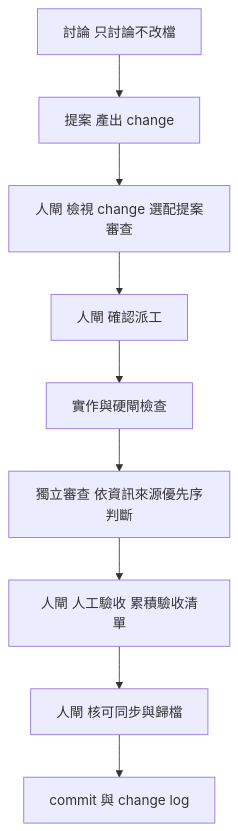
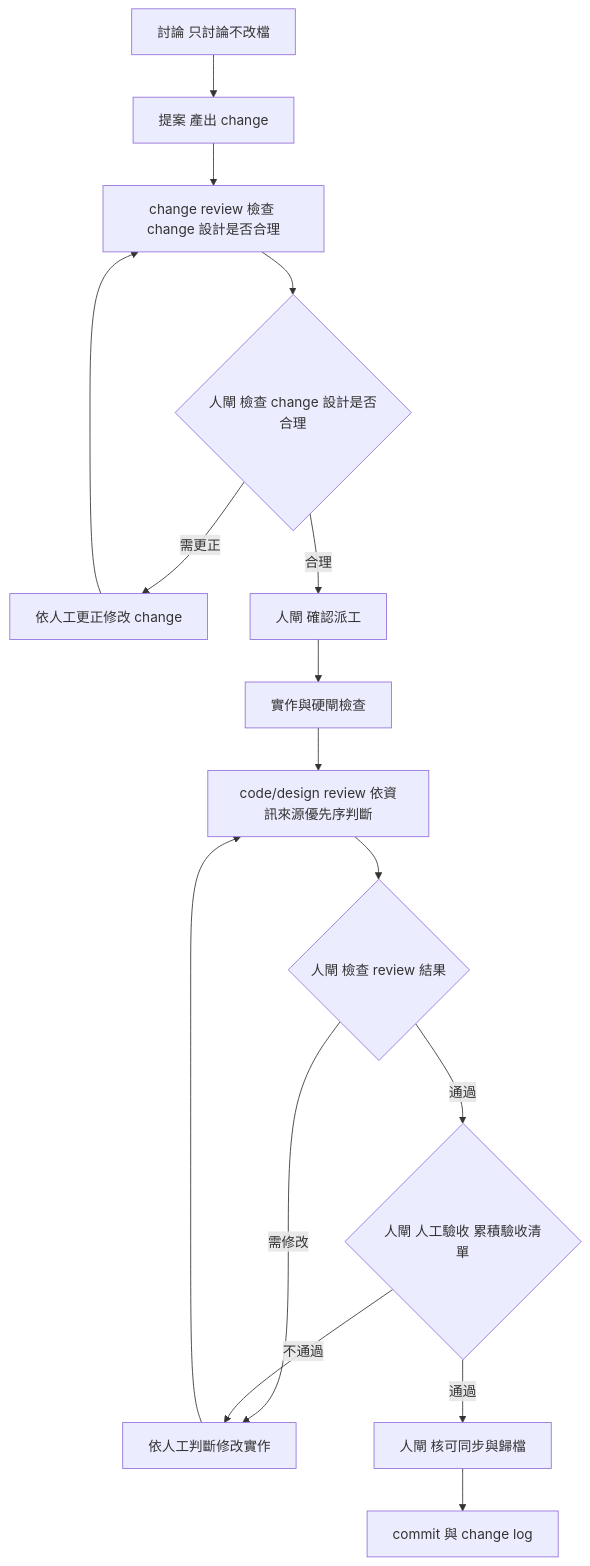
Before and after one commit to nekojuice/.agents: the second of 4 diagrams in README.md, drawn with Mermaid. The commit also changed other lines of this file, not shown here.

First line of the commit message:
docs(readme): 更新專案邏輯與各模式流程圖

````diff
--- a/README.md
+++ b/README.md
@@ -60,11 +95,18 @@
 ```mermaid
 flowchart TD
   A[討論 只討論不改檔] --> B[提案 產出 change]
-  B --> C[人閘 檢視 change 選配提案審查]
-  C --> D[人閘 確認派工]
+  B --> R[change review 檢查 change 設計是否合理]
+  R --> C{人閘 檢查 change 設計是否合理}
+  C -- 需更正 --> X[依人工更正修改 change]
+  X --> R
+  C -- 合理 --> D[人閘 確認派工]
   D --> E[實作與硬閘檢查]
-  E --> F[獨立審查 依資訊來源優先序判斷]
-  F --> G[人閘 人工驗收 累積驗收清單]
-  G --> H[人閘 核可同步與歸檔]
+  E --> F[code/design review 依資訊來源優先序判斷]
+  F --> J{人閘 檢查 review 結果}
+  J -- 需修改 --> K[依人工判斷修改實作]
+  K --> F
+  J -- 通過 --> G{人閘 人工驗收 累積驗收清單}
+  G -- 不通過 --> K
+  G -- 通過 --> H[人閘 核可同步與歸檔]
   H --> I[commit 與 change log]
 ```
````
